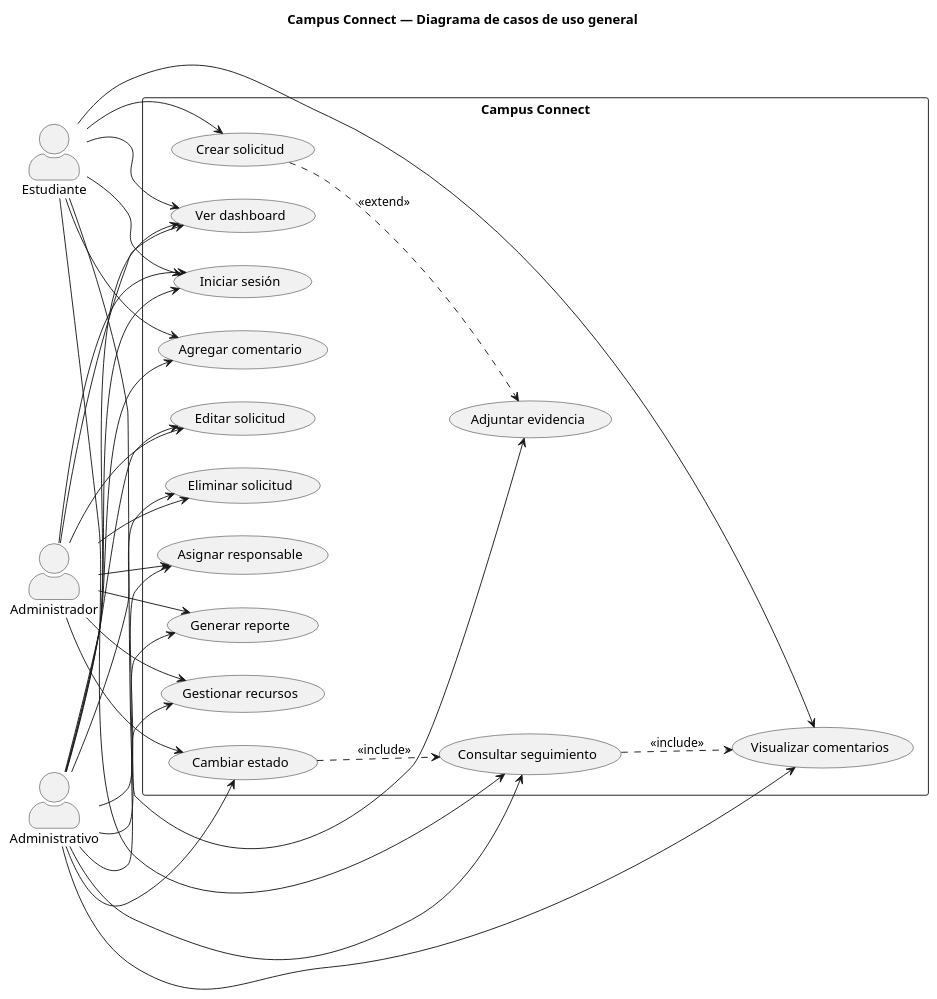
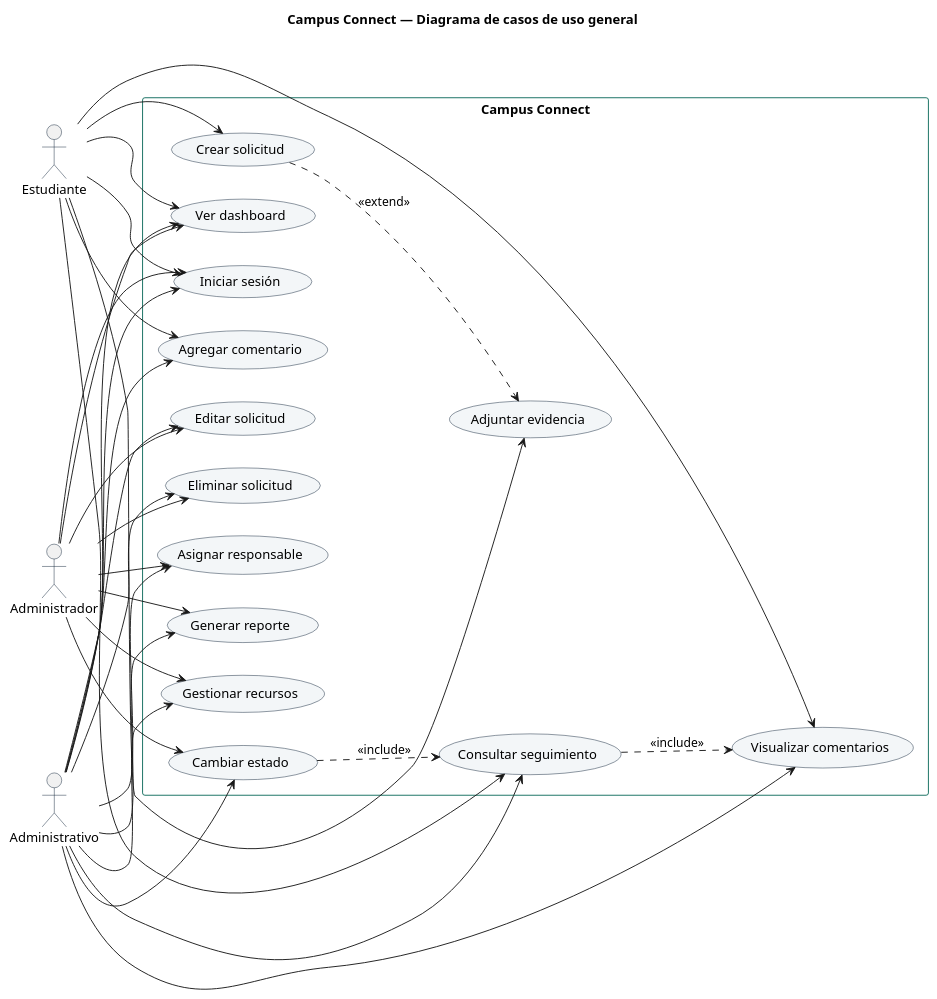
The diagram in docs/diagramas/casos-de-uso-general.puml (SantiagoRoca23/CAMPUS_CONNECT), drawn with PlantUML before and after one commit. The commit also changed 19 other files, not shown here.

Commit message:
docs: informe Word de evidencias con diagramas UML y capturas

```diff
--- a/docs/diagramas/casos-de-uso-general.puml
+++ b/docs/diagramas/casos-de-uso-general.puml
@@ -1,64 +1,67 @@
 @startuml CampusConnect_CasosDeUso_General
 left to right direction
-skinparam actorStyle awesome
-skinparam packageStyle rectangle
+skinparam actorStyle stickman
 skinparam shadowing false
 skinparam defaultFontName Arial
-skinparam handwritten false
+skinparam packageBorderColor #0F6B5C
+skinparam usecaseBorderColor #10233A
+skinparam usecaseBackgroundColor #F3F6F8
+skinparam actorBorderColor #10233A
+skinparam backgroundColor #FFFFFF
 
 title Campus Connect — Diagrama de casos de uso general
 
 actor "Estudiante" as Estudiante
 actor "Administrativo" as Administrativo
 actor "Administrador" as Administrador
 
 rectangle "Campus Connect" {
   usecase "Iniciar sesión" as UC01
   usecase "Crear solicitud" as UC02
   usecase "Adjuntar evidencia" as UC03
   usecase "Consultar seguimiento" as UC04
   usecase "Visualizar comentarios" as UC05
   usecase "Agregar comentario" as UC06
   usecase "Editar solicitud" as UC07
   usecase "Eliminar solicitud" as UC08
   usecase "Cambiar estado" as UC09
   usecase "Asignar responsable" as UC10
   usecase "Gestionar recursos" as UC11
   usecase "Generar reporte" as UC12
   usecase "Ver dashboard" as UC13
 }
 
 Estudiante --> UC01
 Estudiante --> UC02
 Estudiante --> UC03
 Estudiante --> UC04
 Estudiante --> UC05
 Estudiante --> UC06
 Estudiante --> UC13
 
 Administrativo --> UC01
 Administrativo --> UC04
 Administrativo --> UC05
 Administrativo --> UC06
 Administrativo --> UC07
 Administrativo --> UC08
 Administrativo --> UC09
 Administrativo --> UC10
 Administrativo --> UC11
 Administrativo --> UC12
 Administrativo --> UC13
 
 Administrador --> UC01
 Administrador --> UC07
 Administrador --> UC08
 Administrador --> UC09
 Administrador --> UC10
 Administrador --> UC11
 Administrador --> UC12
 Administrador --> UC13
 
 UC02 ..> UC03 : <<extend>>
 UC04 ..> UC05 : <<include>>
 UC09 ..> UC04 : <<include>>
 
 @enduml
```
